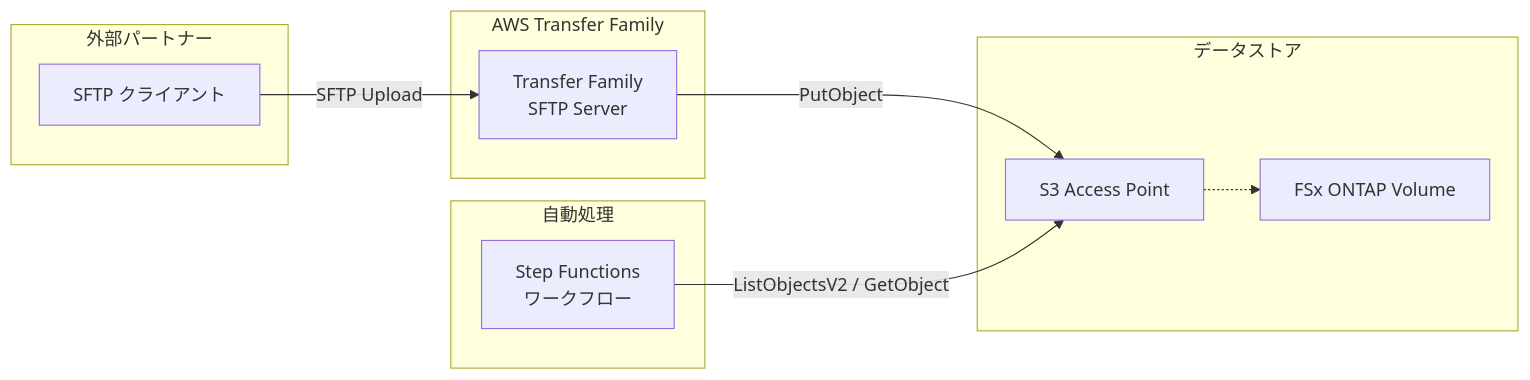
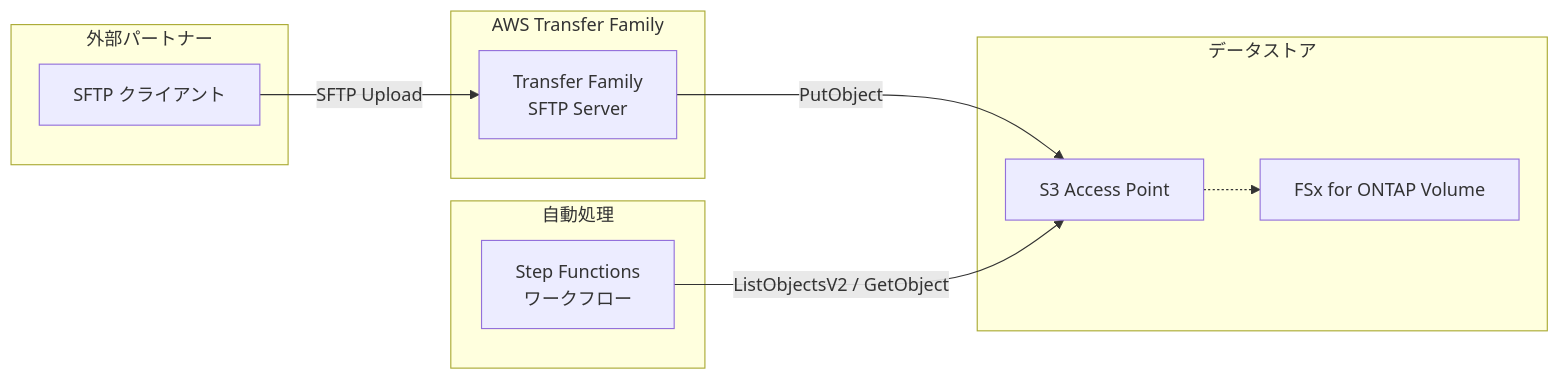
The second of 3 diagrams in docs/extension-patterns.md (Yoshiki0705/FSx-for-ONTAP-S3AccessPoints-Serverless-Patterns), drawn with Mermaid before and after one commit. The commit also changed other lines of this file and 2448 other files, not shown here.

````diff
--- a/docs/extension-patterns.md
+++ b/docs/extension-patterns.md
@@ -97,24 +97,24 @@
 ```mermaid
 graph LR
     subgraph "外部パートナー"
         SFTP_CLIENT[SFTP クライアント]
     end
 
     subgraph "AWS Transfer Family"
         TF[Transfer Family<br/>SFTP Server]
     end
 
     subgraph "データストア"
         S3AP[S3 Access Point]
-        FSXN[FSx ONTAP Volume]
+        FSXN[FSx for ONTAP Volume]
     end
 
     subgraph "自動処理"
         SFN[Step Functions<br/>ワークフロー]
     end
 
     SFTP_CLIENT -->|SFTP Upload| TF
     TF -->|PutObject| S3AP
     S3AP -.-> FSXN
     SFN -->|ListObjectsV2 / GetObject| S3AP
 ```
````
